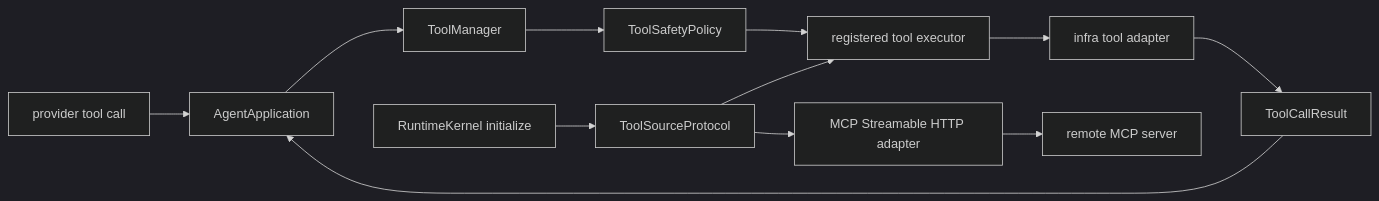
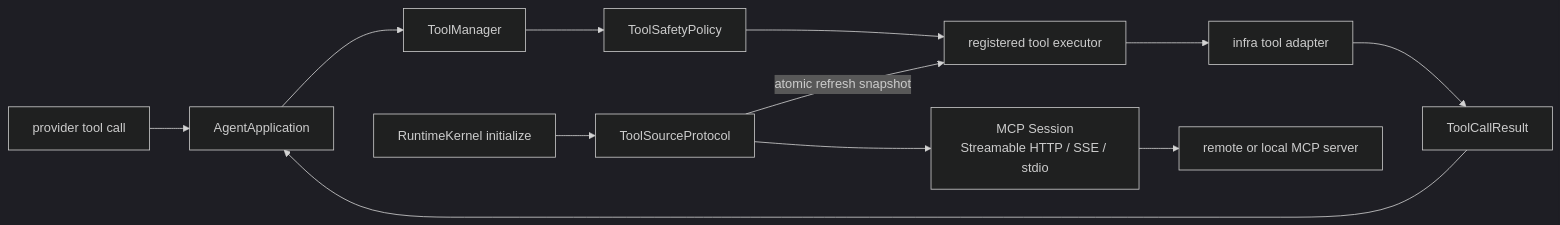
The fifth of 5 diagrams in docs/architecture-dependencies.md (Evernight275/EvernightAI), drawn with Mermaid (dark theme) before and after one commit. The commit also changed 14 other files, not shown here.

````diff
--- a/docs/architecture-dependencies.md
+++ b/docs/architecture-dependencies.md
@@ -211,14 +211,14 @@
 ```mermaid
 flowchart LR
     Model["provider tool call"] --> AgentApp["AgentApplication"]
     AgentApp --> ToolManager["ToolManager"]
     ToolManager --> Policy["ToolSafetyPolicy"]
     Policy --> Executor["registered tool executor"]
     Executor --> Adapter["infra tool adapter"]
     Runtime["RuntimeKernel initialize"] --> Source["ToolSourceProtocol"]
-    Source --> McpAdapter["MCP Streamable HTTP adapter"]
-    McpAdapter --> Remote["remote MCP server"]
-    Source --> Executor
+    Source --> McpAdapter["MCP Session<br/>Streamable HTTP / SSE / stdio"]
+    McpAdapter --> Remote["remote or local MCP server"]
+    Source -- "atomic refresh snapshot" --> Executor
     Adapter --> Result["ToolCallResult"]
     Result --> AgentApp
 ```
````
